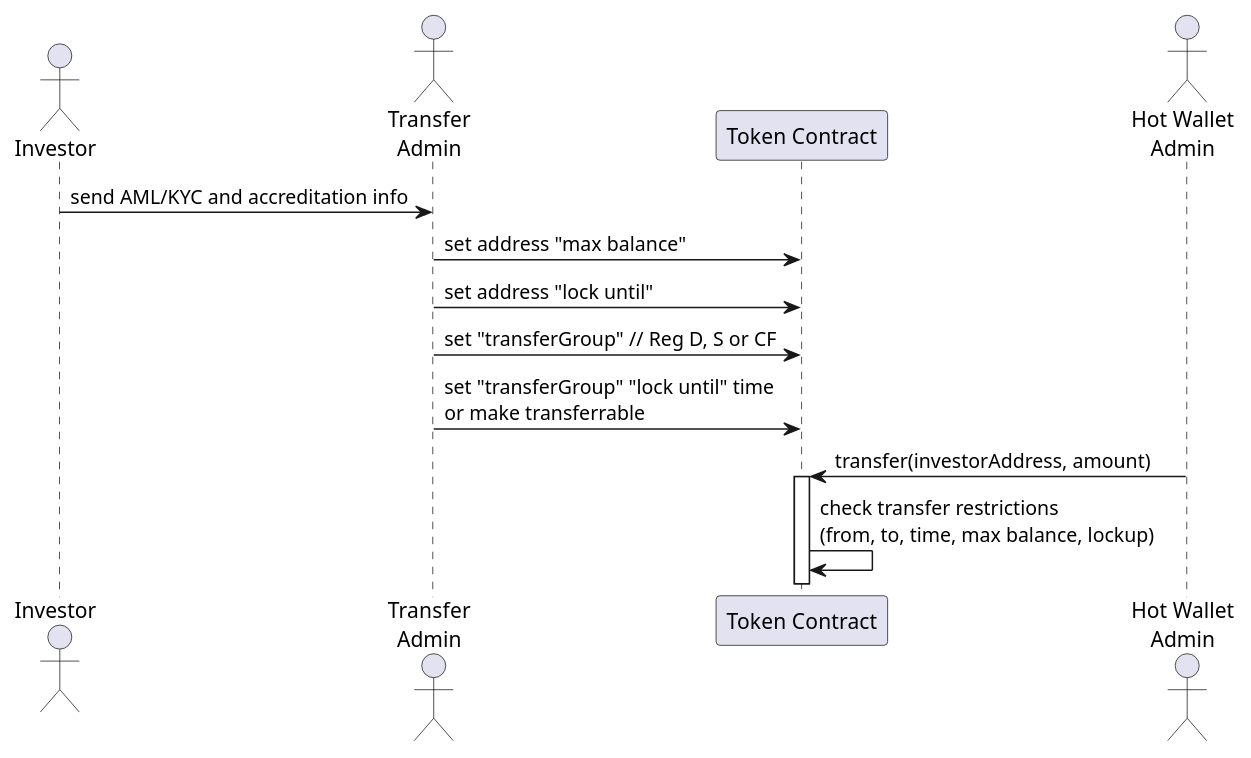
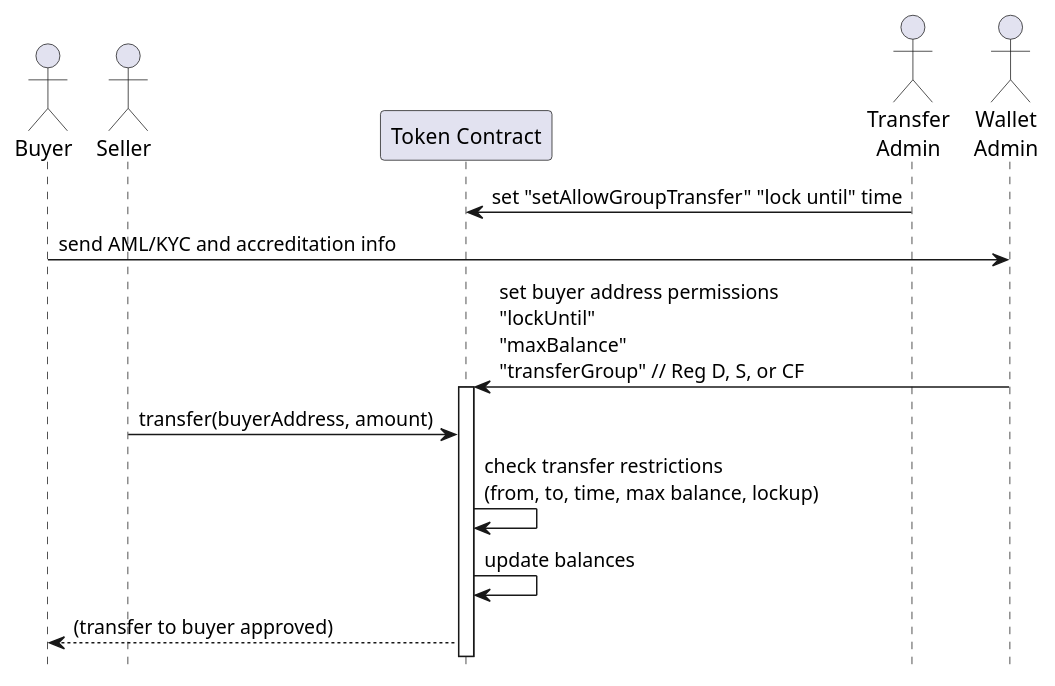
Before and after one commit to CoMakery/algorand-security-token: the first of 2 diagrams in diagrams/diagrams.md, drawn with PlantUML. The commit also changed 2 other files, not shown here.

Commit message:
Update the README basic issuance example

````diff
--- a/diagrams/diagrams.md
+++ b/diagrams/diagrams.md
@@ -1,18 +1,19 @@
 ```plantuml
 @startuml basic-issuance
-actor "Investor" as Investor
+actor "Buyer" as Buyer
+actor "Seller" as Seller
+participant "Token Contract" as Token
 actor "Transfer\nAdmin" as TAdmin
-participant "Token Contract" as Token
-actor "Hot Wallet\nAdmin" as HAdmin
+actor "Wallet\nAdmin" as WAdmin
 
-Investor -> TAdmin: send AML/KYC and accreditation info
-TAdmin -> Token: set address "max balance"
-TAdmin -> Token: set address "lock until" 
-TAdmin -> Token: set "transferGroup" // Reg D, S or CF
-TAdmin -> Token: set "transferGroup" "lock until" time\nor make transferrable
-HAdmin -> Token: transfer(investorAddress, amount)
+TAdmin -> Token: set "setAllowGroupTransfer" "lock until" time
+Buyer -> WAdmin: send AML/KYC and accreditation info
+WAdmin -> Token: set buyer address permissions\n"lockUntil"\n"maxBalance"\n"transferGroup" // Reg D, S, or CF
 activate Token
+Seller -> Token: transfer(buyerAddress, amount)
 Token -> Token: check transfer restrictions\n(from, to, time, max balance, lockup)
-
+Token -> Token: update balances
+Token --> Buyer: (transfer to buyer approved)
+hide footbox
 @enduml
 ```
````
